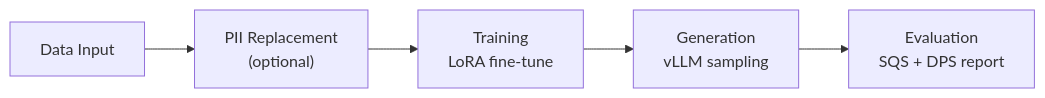
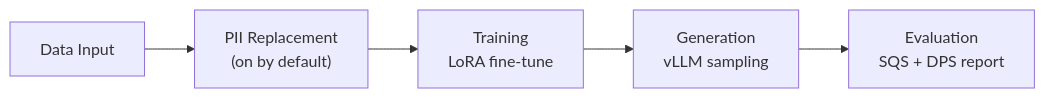
The first of 2 diagrams in docs/user-guide/running.md (NVIDIA-NeMo/Safe-Synthesizer), drawn with Mermaid before and after one commit. The commit also changed other lines of this file and 20 other files, not shown here.

First line of the commit message:
fix: PII replacement on by default in SDK; remove enable_synthesis (#132, #169)

````diff
--- a/docs/user-guide/running.md
+++ b/docs/user-guide/running.md
@@ -88,7 +88,7 @@
 ```mermaid
 flowchart LR
-    data[Data Input] --> pii["PII Replacement<br/>(optional)"]
+    data[Data Input] --> pii["PII Replacement<br/>(on by default)"]
     pii --> train["Training<br/>LoRA fine-tune"]
     train --> gen["Generation<br/>vLLM sampling"]
     gen --> eval["Evaluation<br/>SQS + DPS report"]
 ```
````
